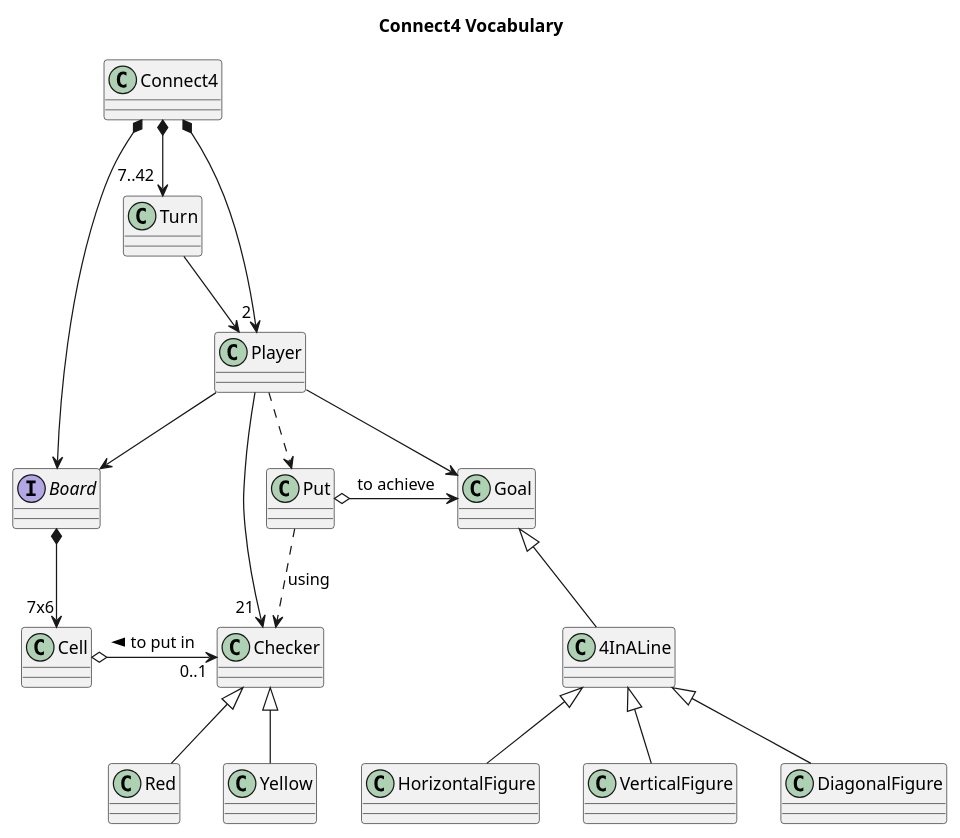
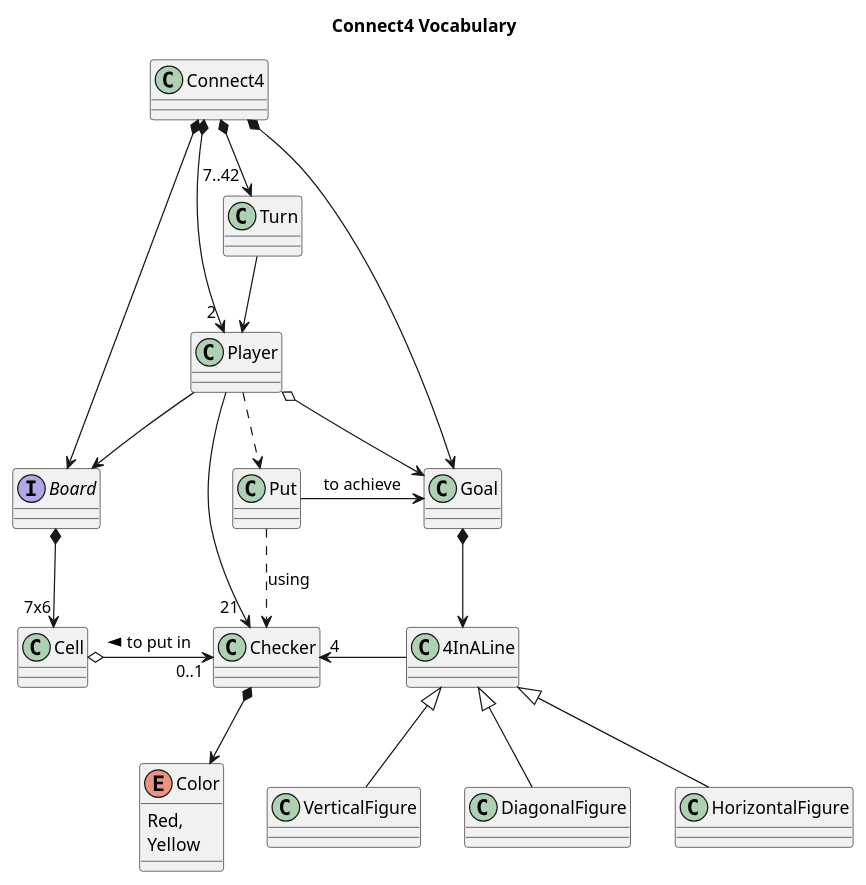
Before and after one commit to USantaTecla-ed-mpds/lab-boole: the diagram in tech-plantuml/game-connect4/semanaActual/docs/connect4--vocabulary.puml, drawn with PlantUML.

Commit message:
Connect4: Update Vocabulary. Add enum Color

```diff
--- a/tech-plantuml/game-connect4/semanaActual/docs/connect4--vocabulary.puml
+++ b/tech-plantuml/game-connect4/semanaActual/docs/connect4--vocabulary.puml
@@ -1,47 +1,50 @@
 @startuml connect4--vocabulary
 
 
 title Connect4 Vocabulary
 
 class Connect4
 class Turn
 class Player
 interface Board
 class Cell
 class Checker
-Class Red
-class Yellow
+enum Color {
+    Red,
+    Yellow
+}
 class Put
 class Goal
 class 4InALine
 class HorizontalFigure
 class VerticalFigure
 class DiagonalFigure
 
 Connect4 *--> "2 " Player
 Connect4 *--> "7..42 " Turn
 Connect4 *-right-> Board
+Connect4 *--> Goal
 
 Turn --> Player
 Player --> "21 " Checker
 Player --> Board
-Player -down-> Goal
+Player o-down-> Goal
 Player ..> Put
 
 Board *-down-> "7x6" Cell
 Cell o-right-> "0..1" Checker : to put in <
 
-Checker <|-down- Red
-Checker <|-down- Yellow
+Checker *-down-> Color
 Put ..> Checker : using
-Put o-right-> Goal : to achieve
+Put -right-> Goal : to achieve
 
-Goal <|-- 4InALine
+Goal *--> 4InALine
 
+4InALine -left-> "4" Checker
 4InALine <|-down- HorizontalFigure
 4InALine <|-down- VerticalFigure
 4InALine <|-down- DiagonalFigure
 
 
 
 @enduml
```
